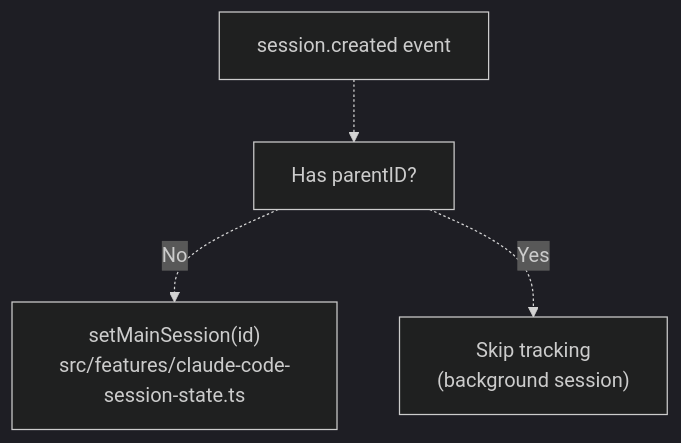
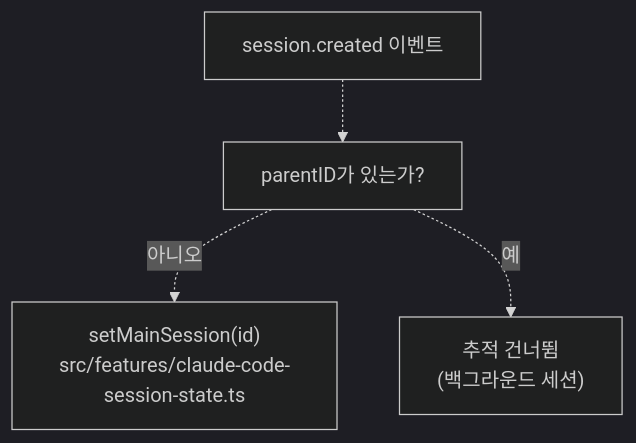
Before and after one commit to felipetruman/oh-my-opencode-docs: the third of 11 diagrams in docs/architecture/event-handling.md, drawn with Mermaid (dark theme). The commit also changed other lines of this file and 76 other files, not shown here.

````diff
--- a/docs/architecture/event-handling.md
+++ b/docs/architecture/event-handling.md
@@ -222,12 +222,12 @@
 ```mermaid
 flowchart TD
 
-SessionCreated["session.created event"]
-CheckParent["Has parentID?"]
+SessionCreated["session.created 이벤트"]
+CheckParent["parentID가 있는가?"]
 SetMain["setMainSession(id)<br>src/features/claude-code-session-state.ts"]
-Skip["Skip tracking<br>(background session)"]
+Skip["추적 건너뜀<br>(백그라운드 세션)"]
 
 SessionCreated -.-> CheckParent
-CheckParent -.->|"No"| SetMain
-CheckParent -.->|"Yes"| Skip
+CheckParent -.->|"아니오"| SetMain
+CheckParent -.->|"예"| Skip
 ```
````
